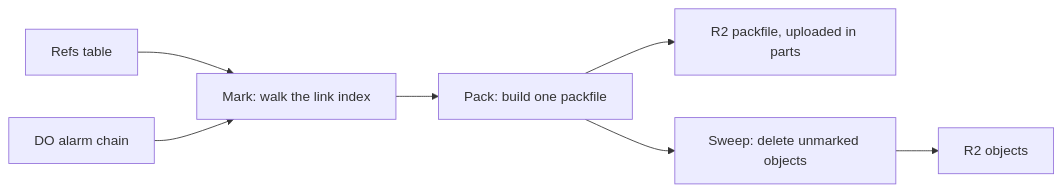
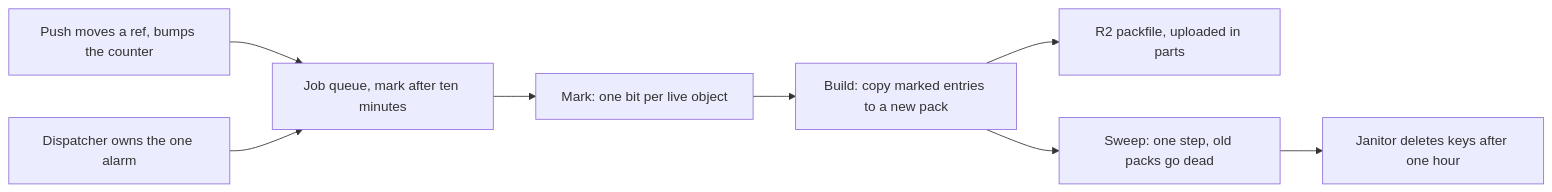
One commit to idl3/git-edge changed the diagram in plain/gc-and-repack-alarm.md. Above: the diagram before and after it, drawn with Mermaid. The commit also changed other lines of this file and 65 other files, not shown here.

````diff
--- a/plain/gc-and-repack-alarm.md
+++ b/plain/gc-and-repack-alarm.md
@@ -26,9 +29,10 @@
 ```mermaid
 flowchart LR
-    R["Refs table"] --> M["Mark: walk the link index"]
-    M --> P["Pack: build one packfile"]
-    P --> U["R2 packfile, uploaded in parts"]
-    P --> S["Sweep: delete unmarked objects"]
-    S --> O["R2 objects"]
-    A["DO alarm chain"] --> M
+    P["Push moves a ref, bumps the counter"] --> Q["Job queue, mark after ten minutes"]
+    Q --> M["Mark: one bit per live object"]
+    M --> B["Build: copy marked entries to a new pack"]
+    B --> R["R2 packfile, uploaded in parts"]
+    B --> S["Sweep: one step, old packs go dead"]
+    S --> J["Janitor deletes keys after one hour"]
+    A["Dispatcher owns the one alarm"] --> Q
 ```
````
